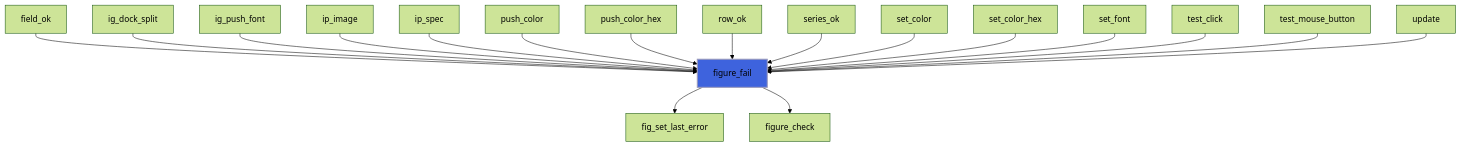
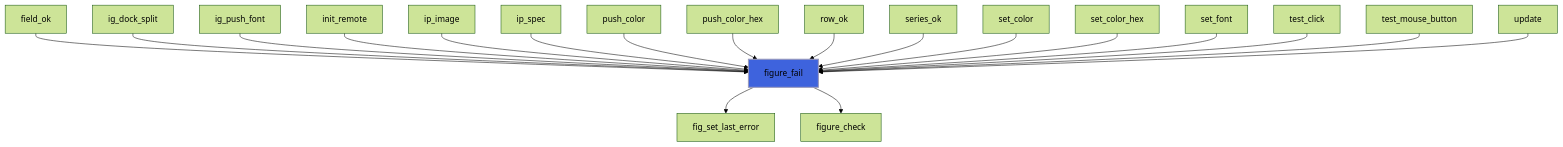
Before and after one commit to szaghi/figure: the third of 5 diagrams in docs/api/src/lib/figure_base.md, drawn with Mermaid (forest theme). The commit also changed 19 other files, not shown here.

````diff
--- a/docs/api/src/lib/figure_base.md
+++ b/docs/api/src/lib/figure_base.md
@@ -127,21 +127,22 @@
 ```mermaid
 flowchart TD
   field_ok["field_ok"] --> figure_fail["figure_fail"]
   ig_dock_split["ig_dock_split"] --> figure_fail["figure_fail"]
   ig_push_font["ig_push_font"] --> figure_fail["figure_fail"]
+  init_remote["init_remote"] --> figure_fail["figure_fail"]
   ip_image["ip_image"] --> figure_fail["figure_fail"]
   ip_spec["ip_spec"] --> figure_fail["figure_fail"]
   push_color["push_color"] --> figure_fail["figure_fail"]
   push_color_hex["push_color_hex"] --> figure_fail["figure_fail"]
   row_ok["row_ok"] --> figure_fail["figure_fail"]
   series_ok["series_ok"] --> figure_fail["figure_fail"]
   set_color["set_color"] --> figure_fail["figure_fail"]
   set_color_hex["set_color_hex"] --> figure_fail["figure_fail"]
   set_font["set_font"] --> figure_fail["figure_fail"]
   test_click["test_click"] --> figure_fail["figure_fail"]
   test_mouse_button["test_mouse_button"] --> figure_fail["figure_fail"]
   update["update"] --> figure_fail["figure_fail"]
   figure_fail["figure_fail"] --> fig_set_last_error["fig_set_last_error"]
   figure_fail["figure_fail"] --> figure_check["figure_check"]
   style figure_fail fill:#3e63dd,stroke:#99b,stroke-width:2px
 ```
````
